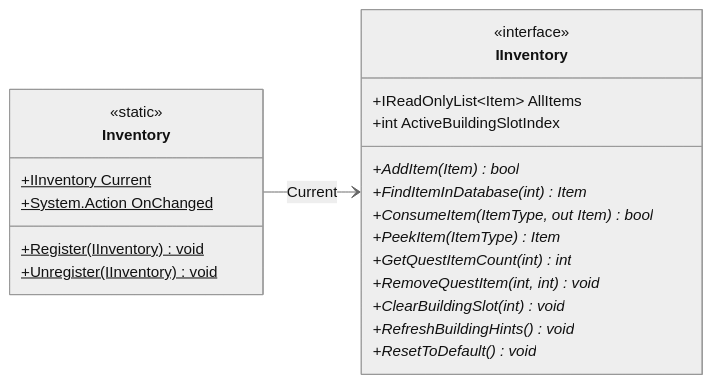
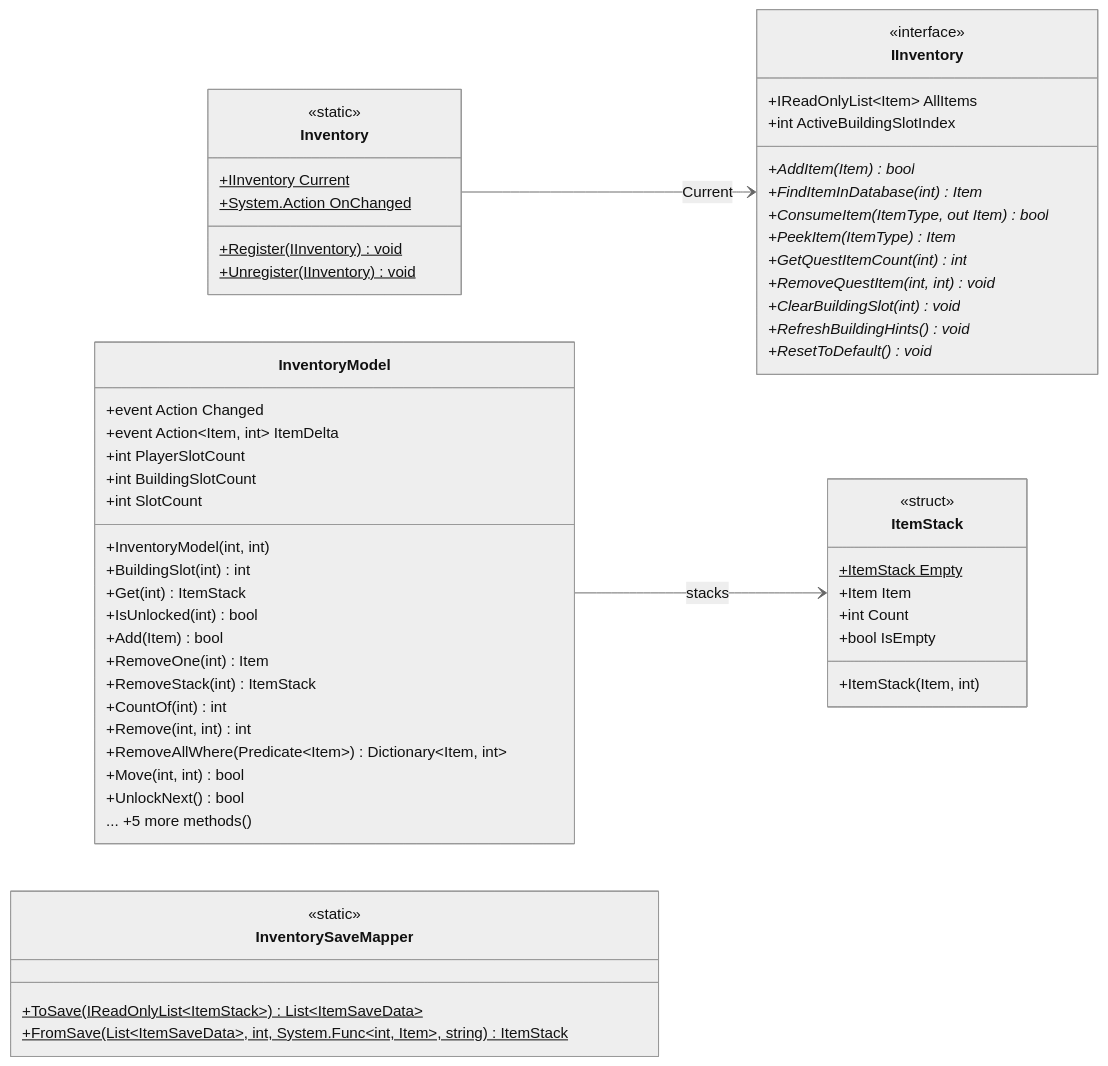
Before and after one commit to PhumipatWave/project-ocean: the diagram in docs/uml/modules/Gameplay_Inventory.md, drawn with Mermaid (neutral theme). The commit also changed other lines of this file and 304 other files, not shown here.

````diff
--- a/docs/uml/modules/Gameplay_Inventory.md
+++ b/docs/uml/modules/Gameplay_Inventory.md
@@ -7,26 +7,60 @@
 ```mermaid
 classDiagram
   direction LR
   class IInventory {
     <<interface>>
     +IReadOnlyList~Item~ AllItems
     +int ActiveBuildingSlotIndex
     +AddItem(Item)* bool
     +FindItemInDatabase(int)* Item
     +ConsumeItem(ItemType, out Item)* bool
     +PeekItem(ItemType)* Item
     +GetQuestItemCount(int)* int
     +RemoveQuestItem(int, int)* void
     +ClearBuildingSlot(int)* void
     +RefreshBuildingHints()* void
     +ResetToDefault()* void
   }
   class Inventory {
     <<static>>
     +IInventory Current$
     +System.Action OnChanged$
     +Register(IInventory)$ void
     +Unregister(IInventory)$ void
   }
+  class InventoryModel {
+    +event Action Changed
+    +event Action~Item, int~ ItemDelta
+    +int PlayerSlotCount
+    +int BuildingSlotCount
+    +int SlotCount
+    +InventoryModel(int, int)
+    +BuildingSlot(int) int
+    +Get(int) ItemStack
+    +IsUnlocked(int) bool
+    +Add(Item) bool
+    +RemoveOne(int) Item
+    +RemoveStack(int) ItemStack
+    +CountOf(int) int
+    +Remove(int, int) int
+    +RemoveAllWhere(Predicate~Item~) Dictionary~Item, int~
+    +Move(int, int) bool
+    +UnlockNext() bool
+    ... +5 more methods()
+  }
+  class InventorySaveMapper {
+    <<static>>
+    +ToSave(IReadOnlyList~ItemStack~)$ List~ItemSaveData~
+    +FromSave(List~ItemSaveData~, int, System.Func~int, Item~, string)$ ItemStack
+  }
+  class ItemStack {
+    <<struct>>
+    +ItemStack Empty$
+    +Item Item
+    +int Count
+    +bool IsEmpty
+    +ItemStack(Item, int)
+  }
   Inventory --> IInventory : Current
+  InventoryModel --> ItemStack : stacks
 ```
````
